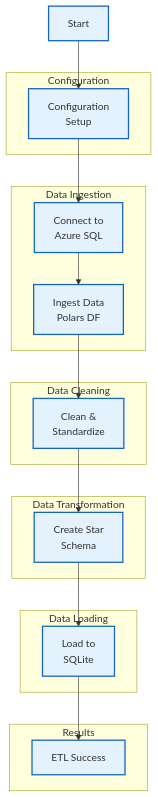
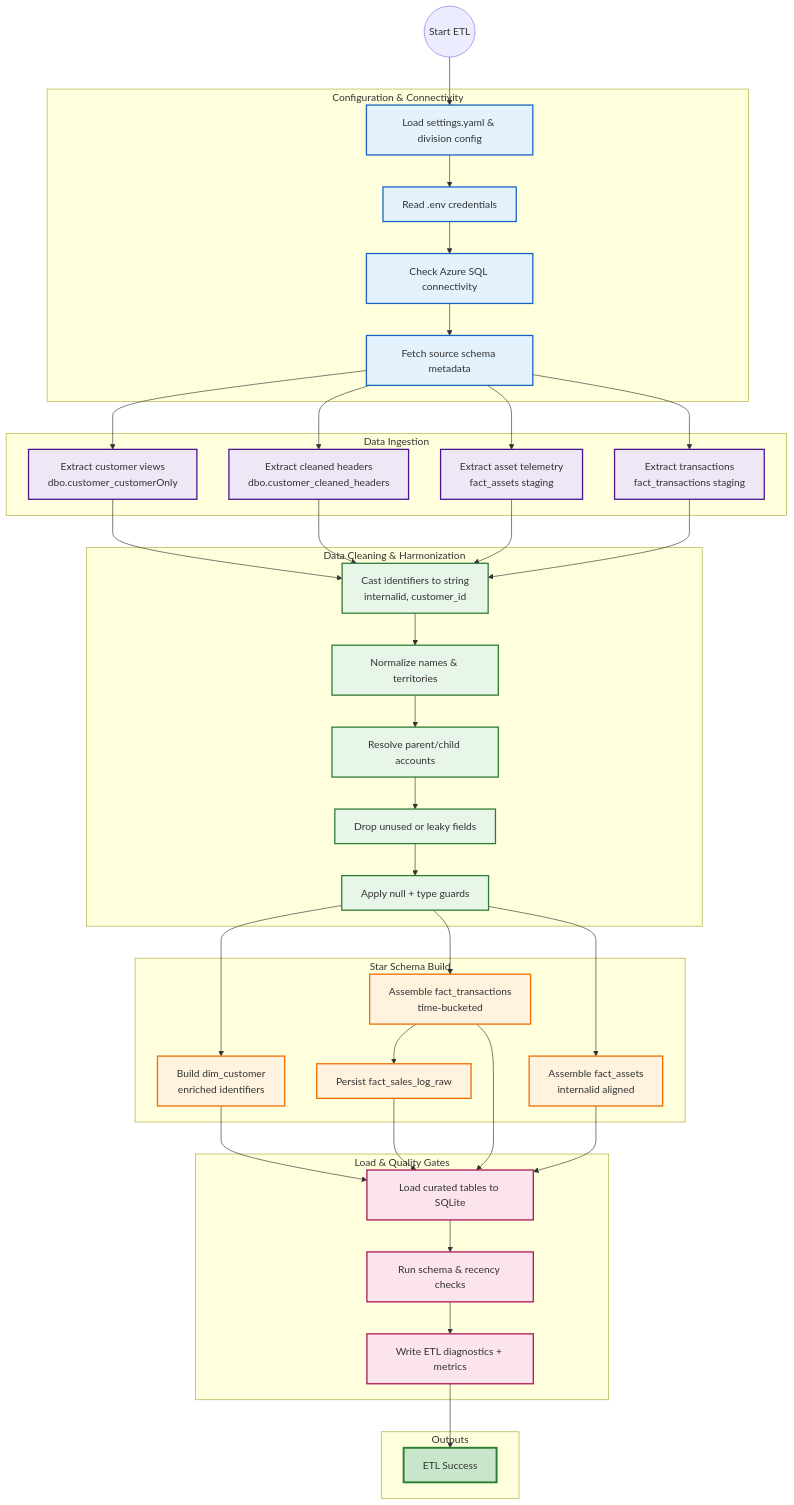
One commit to greygizmo/SSE changed the diagram in gosales/docs/architecture/02_etl_flow.mmd. Above: the diagram before and after it, drawn with Mermaid. The commit also changed other lines of this file and 60 other files, not shown here.

Commit message:
feat(gauntlet): add batch CLI to run leakage checks across all divisions with cross-division summary; implement dynamic gating checks (Shift-14, repro, SAFE mask); docs: add README section and sequence diagram updates

````diff
--- a/gosales/docs/architecture/02_etl_flow.mmd
+++ b/gosales/docs/architecture/02_etl_flow.mmd
@@ -5,39 +1,81 @@
-```mermaid
+%% GoSales Engine - ETL Phase Flow (Azure SQL to SQLite)
+
 graph TB
-    Start --> Config
-    Config --> Connect
-    Connect --> Ingest
-    Ingest --> Clean
-    Clean --> Transform
-    Transform --> Load
-    Load --> Success
+    Start(("Start ETL")) --> ConfigLoad
 
-    subgraph "Configuration"
-        Config[Configuration<br/>Setup]
+    subgraph "Configuration & Connectivity"
+        ConfigLoad["Load settings.yaml & division config"]
+        EnvLoad["Read .env credentials"]
+        ConnectionCheck["Check Azure SQL connectivity"]
+        SchemaSnapshot["Fetch source schema metadata"]
     end
 
     subgraph "Data Ingestion"
-        Connect[Connect to<br/>Azure SQL]
-        Ingest[Ingest Data<br/>Polars DF]
+        PullCustomers["Extract customer views<br/>dbo.customer_customerOnly"]
+        PullHeaders["Extract cleaned headers<br/>dbo.customer_cleaned_headers"]
+        PullAssets["Extract asset telemetry<br/>fact_assets staging"]
+        PullTransactions["Extract transactions<br/>fact_transactions staging"]
     end
 
-    subgraph "Data Cleaning"
-        Clean[Clean &<br/>Standardize]
+    subgraph "Data Cleaning & Harmonization"
+        CastIds["Cast identifiers to string<br/>internalid, customer_id"]
+        NormalizeNames["Normalize names & territories"]
+        ParentMapping["Resolve parent/child accounts"]
+        FilterColumns["Drop unused or leaky fields"]
+        NullGuards["Apply null + type guards"]
     end
 
-    subgraph "Data Transformation"
-        Transform[Create Star<br/>Schema]
+    subgraph "Star Schema Build"
+        BuildDimCustomer["Build dim_customer<br/>enriched identifiers"]
+        BuildFactTransactions["Assemble fact_transactions<br/>time-bucketed"]
+        BuildFactAssets["Assemble fact_assets<br/>internalid aligned"]
+        SnapshotLogs["Persist fact_sales_log_raw"]
     end
 
-    subgraph "Data Loading"
-        Load[Load to<br/>SQLite]
+    subgraph "Load & Quality Gates"
+        LoadSQLite["Load curated tables to SQLite"]
+        PanderaChecks["Run schema & recency checks"]
+        Diagnostics["Write ETL diagnostics + metrics"]
     end
 
-    subgraph "Results"
-        Success[ETL Success]
+    subgraph "Outputs"
+        Success["ETL Success"]
     end
 
-    %% Styling
-    classDef default fill:#e3f2fd,stroke:#1565c0,stroke-width:2px
-    classDef success fill:#c8e6c9,stroke:#2e7d32,stroke-width:3px
-```
+    ConfigLoad --> EnvLoad --> ConnectionCheck --> SchemaSnapshot
+    SchemaSnapshot --> PullCustomers
+    SchemaSnapshot --> PullHeaders
+    SchemaSnapshot --> PullAssets
+    SchemaSnapshot --> PullTransactions
+
+    PullCustomers --> CastIds
+    PullHeaders --> CastIds
+    PullAssets --> CastIds
+    PullTransactions --> CastIds
+    CastIds --> NormalizeNames --> ParentMapping --> FilterColumns --> NullGuards
+
+    NullGuards --> BuildDimCustomer
+    NullGuards --> BuildFactTransactions
+    NullGuards --> BuildFactAssets
+    BuildFactTransactions --> SnapshotLogs
+
+    BuildDimCustomer --> LoadSQLite
+    BuildFactTransactions --> LoadSQLite
+    BuildFactAssets --> LoadSQLite
+    SnapshotLogs --> LoadSQLite
+
+    LoadSQLite --> PanderaChecks --> Diagnostics --> Success
+
+    classDef config fill:#e3f2fd,stroke:#1565c0,stroke-width:2px
+    classDef ingest fill:#ede7f6,stroke:#4a148c,stroke-width:2px
+    classDef clean fill:#e8f5e9,stroke:#2e7d32,stroke-width:2px
+    classDef star fill:#fff3e0,stroke:#ef6c00,stroke-width:2px
+    classDef load fill:#fce4ec,stroke:#ad1457,stroke-width:2px
+    classDef done fill:#c8e6c9,stroke:#2e7d32,stroke-width:3px
+
+    class ConfigLoad,EnvLoad,ConnectionCheck,SchemaSnapshot config
+    class PullCustomers,PullHeaders,PullAssets,PullTransactions ingest
+    class CastIds,NormalizeNames,ParentMapping,FilterColumns,NullGuards clean
+    class BuildDimCustomer,BuildFactTransactions,BuildFactAssets,SnapshotLogs star
+    class LoadSQLite,PanderaChecks,Diagnostics load
+    class Success done
````
